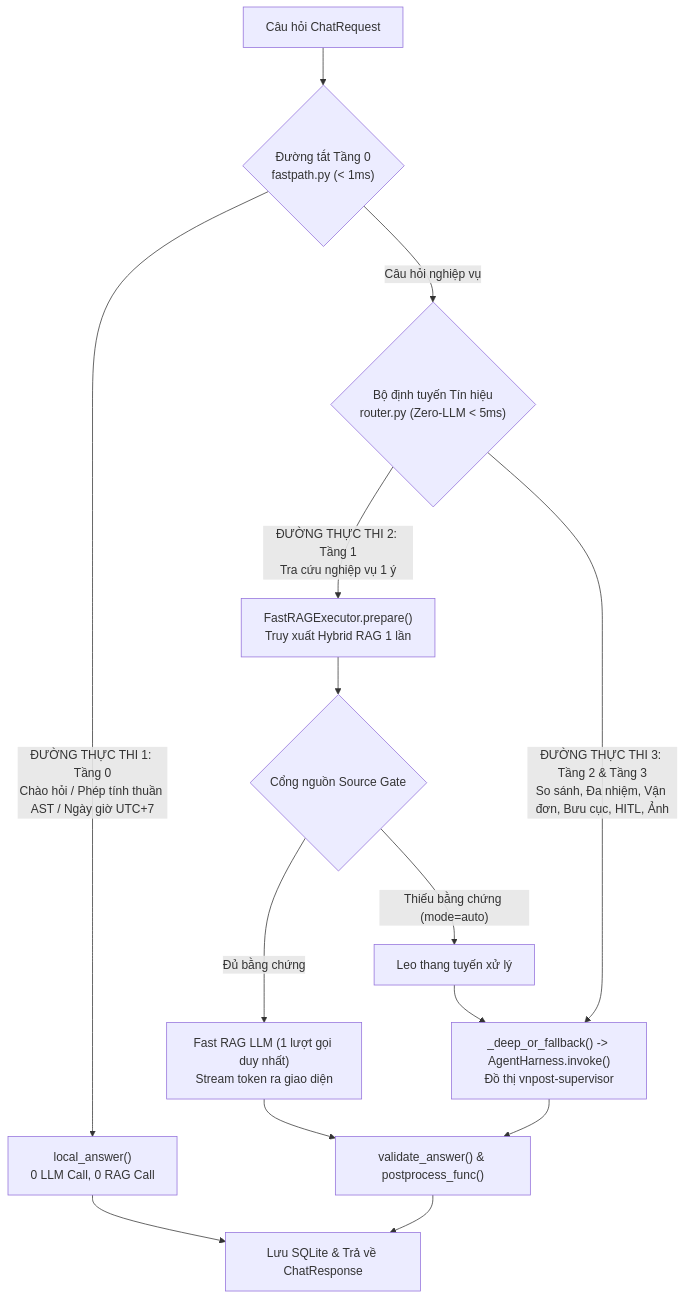
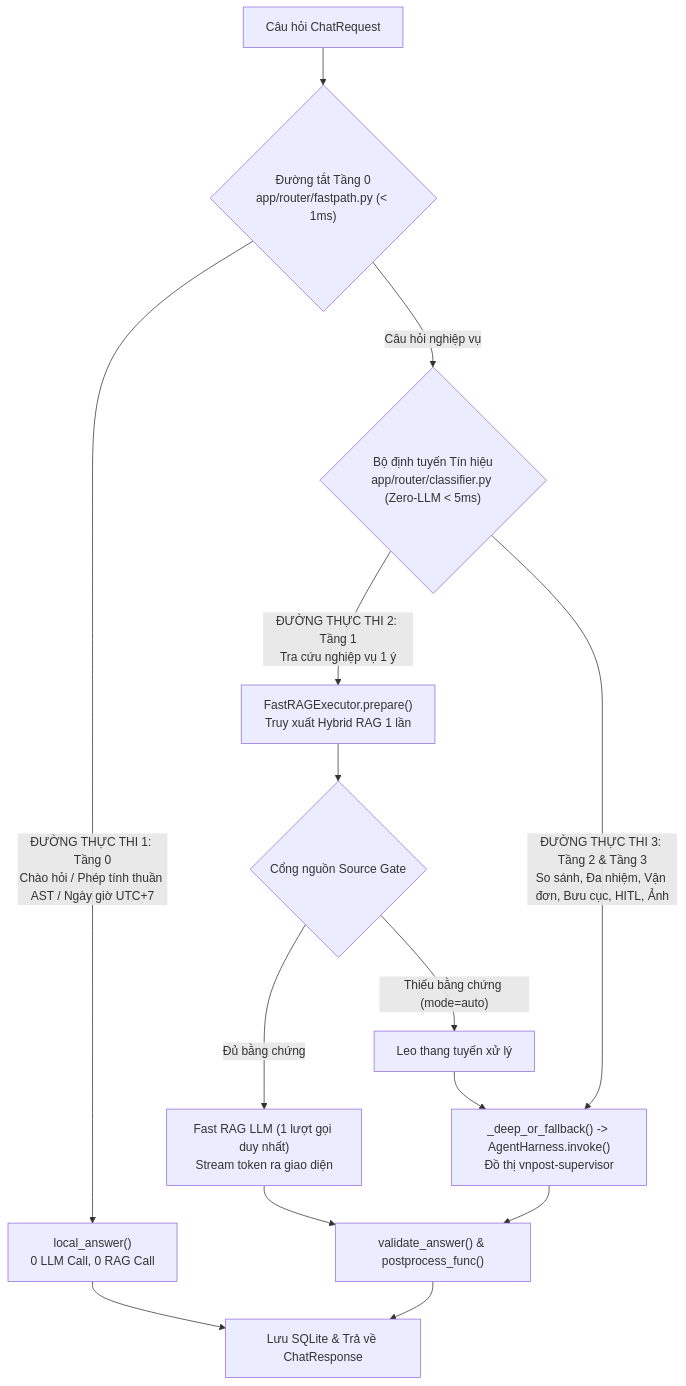
The second of 4 diagrams in Mipo báo cáo kỹ thuật Deep Agent, RAG LlamaIndex và TTS.md (dinhhthanhh/vnpost_deepagent), drawn with Mermaid before and after one commit. The commit also changed other lines of this file and 74 other files, not shown here.

First line of the commit message:
refactor: modularize architecture into domain layers and integrate STT voice support

````diff
--- a/Mipo báo cáo kỹ thuật Deep Agent, RAG LlamaIndex và TTS.md
+++ b/Mipo báo cáo kỹ thuật Deep Agent, RAG LlamaIndex và TTS.md
@@ -149,21 +152,21 @@
 ```mermaid
 flowchart TD
-    In["Câu hỏi ChatRequest"] --> FP{"Đường tắt Tầng 0<br/>fastpath.py (< 1ms)"}
+    In["Câu hỏi ChatRequest"] --> FP{"Đường tắt Tầng 0<br/>app/router/fastpath.py (< 1ms)"}
     
     FP -->|"ĐƯỜNG THỰC THI 1: Tầng 0<br/>Chào hỏi / Phép tính thuần AST / Ngày giờ UTC+7"| Out0["local_answer()<br/>0 LLM Call, 0 RAG Call"]
     
-    FP -->|"Câu hỏi nghiệp vụ"| Router{"Bộ định tuyến Tín hiệu<br/>router.py (Zero-LLM < 5ms)"}
+    FP -->|"Câu hỏi nghiệp vụ"| Router{"Bộ định tuyến Tín hiệu<br/>app/router/classifier.py (Zero-LLM < 5ms)"}
     
     Router -->|"ĐƯỜNG THỰC THI 2: Tầng 1<br/>Tra cứu nghiệp vụ 1 ý"| FastRAG["FastRAGExecutor.prepare()<br/>Truy xuất Hybrid RAG 1 lần"]
     FastRAG --> SGate{"Cổng nguồn Source Gate"}
     SGate -->|"Đủ bằng chứng"| FastLLM["Fast RAG LLM (1 lượt gọi duy nhất)<br/>Stream token ra giao diện"]
     SGate -->|"Thiếu bằng chứng (mode=auto)"| Escalate["Leo thang tuyến xử lý"]
     
     Router -->|"ĐƯỜNG THỰC THI 3: Tầng 2 & Tầng 3<br/>So sánh, Đa nhiệm, Vận đơn, Bưu cục, HITL, Ảnh"| DeepAgent["_deep_or_fallback() -> AgentHarness.invoke()<br/>Đồ thị vnpost-supervisor"]
     Escalate --> DeepAgent
     
     FastLLM --> Val["validate_answer() & postprocess_func()"]
     DeepAgent --> Val
     Out0 --> Pack["Lưu SQLite & Trả về ChatResponse"]
     Val --> Pack
 ```
````
